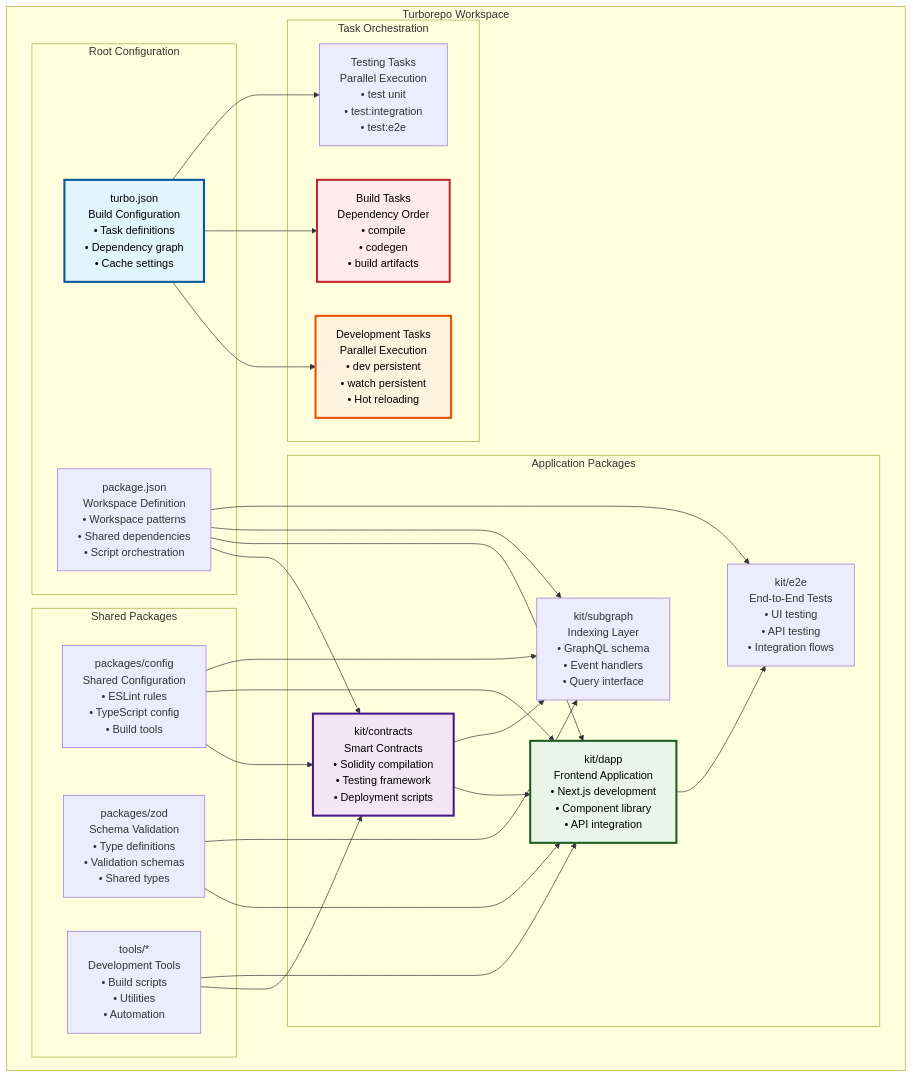
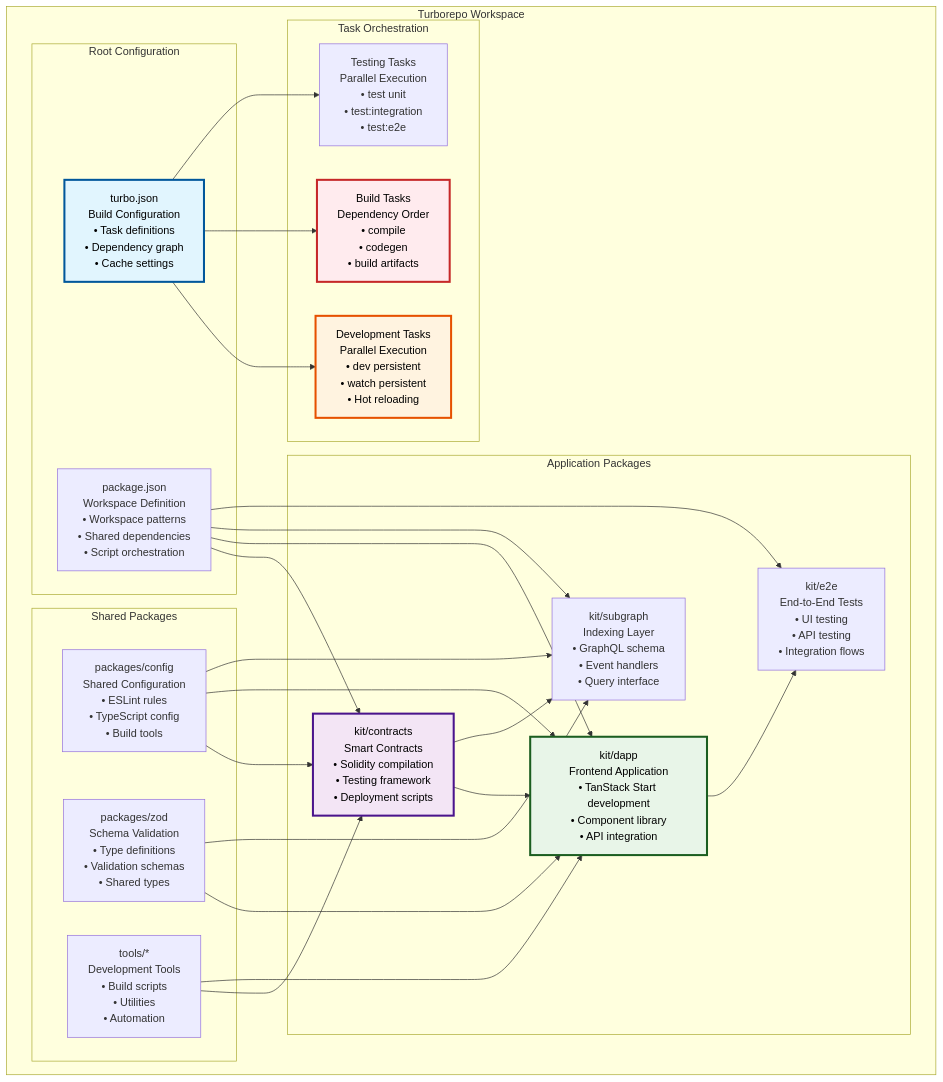
Before and after one commit to settlemint/asset-tokenization-kit: the fourth of 9 diagrams in kit/docs/content/docs/04-development-environment.md, drawn with Mermaid. The commit also changed other lines of this file and 11 other files, not shown here.

````diff
--- a/kit/docs/content/docs/04-development-environment.md
+++ b/kit/docs/content/docs/04-development-environment.md
@@ -300,69 +300,69 @@
 ```mermaid
 graph TB
     subgraph "Turborepo Workspace"
         subgraph "Root Configuration"
             TurboConfig[turbo.json<br/>Build Configuration<br/>• Task definitions<br/>• Dependency graph<br/>• Cache settings]
             
             RootPackage[package.json<br/>Workspace Definition<br/>• Workspace patterns<br/>• Shared dependencies<br/>• Script orchestration]
         end
         
         subgraph "Application Packages"
             Contracts[kit/contracts<br/>Smart Contracts<br/>• Solidity compilation<br/>• Testing framework<br/>• Deployment scripts]
             
-            DApp[kit/dapp<br/>Frontend Application<br/>• Next.js development<br/>• Component library<br/>• API integration]
+            DApp[kit/dapp<br/>Frontend Application<br/>• TanStack Start development<br/>• Component library<br/>• API integration]
             
             Subgraph[kit/subgraph<br/>Indexing Layer<br/>• GraphQL schema<br/>• Event handlers<br/>• Query interface]
             
             E2E[kit/e2e<br/>End-to-End Tests<br/>• UI testing<br/>• API testing<br/>• Integration flows]
         end
         
         subgraph "Shared Packages"
             Config[packages/config<br/>Shared Configuration<br/>• ESLint rules<br/>• TypeScript config<br/>• Build tools]
             
             Zod[packages/zod<br/>Schema Validation<br/>• Type definitions<br/>• Validation schemas<br/>• Shared types]
             
             Tools[tools/*<br/>Development Tools<br/>• Build scripts<br/>• Utilities<br/>• Automation]
         end
         
         subgraph "Task Orchestration"
             DevTasks[Development Tasks<br/>Parallel Execution<br/>• dev persistent<br/>• watch persistent<br/>• Hot reloading]
             
             BuildTasks[Build Tasks<br/>Dependency Order<br/>• compile<br/>• codegen<br/>• build artifacts]
             
             TestTasks[Testing Tasks<br/>Parallel Execution<br/>• test unit<br/>• test:integration<br/>• test:e2e]
         end
     end
     
     %% Configuration relationships
     TurboConfig --> DevTasks
     TurboConfig --> BuildTasks
     TurboConfig --> TestTasks
     
     RootPackage --> Contracts
     RootPackage --> DApp
     RootPackage --> Subgraph
     RootPackage --> E2E
     
     %% Shared dependencies
     Config --> Contracts
     Config --> DApp
     Config --> Subgraph
     
     Zod --> DApp
     Zod --> Subgraph
     
     Tools --> Contracts
     Tools --> DApp
     
     %% Task dependencies
     Contracts --> DApp
     Contracts --> Subgraph
     DApp --> E2E
     
     %% Styling
     style TurboConfig fill:#e1f5fe,stroke:#01579b,color:#000000,stroke-width:3px
     style Contracts fill:#f3e5f5,stroke:#4a148c,color:#000000,stroke-width:3px
     style DApp fill:#e8f5e8,stroke:#1b5e20,color:#000000,stroke-width:3px
     style DevTasks fill:#fff3e0,stroke:#e65100,color:#000000,stroke-width:3px
     style BuildTasks fill:#ffebee,stroke:#c62828,color:#000000,stroke-width:3px
 ```
````
